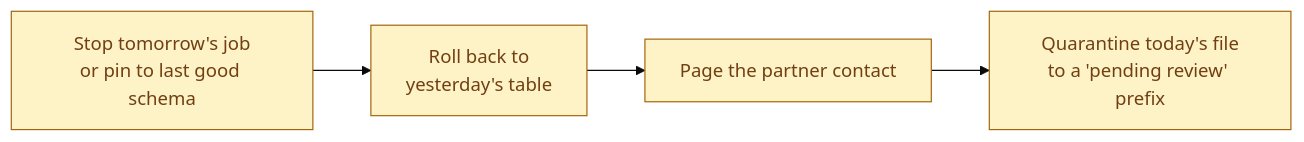
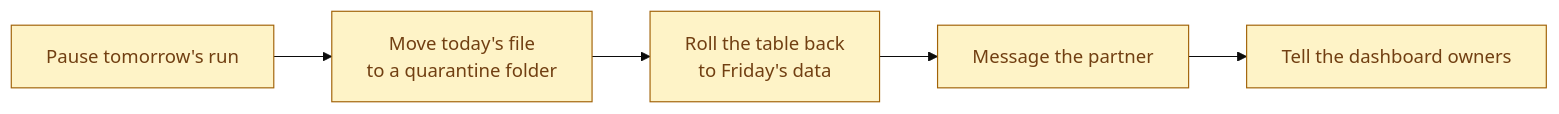
Before and after one commit to shiningflash/data-engineering-practice-problems: the second of 3 diagrams in problems/091-partner-csv-schema-drift-monday-morning/solution.md, drawn with Mermaid (base theme). The commit also changed other lines of this file and 3 other files, not shown here.

````diff
--- a/problems/091-partner-csv-schema-drift-monday-morning/solution.md
+++ b/problems/091-partner-csv-schema-drift-monday-morning/solution.md
@@ -9,8 +39,6 @@
 ```mermaid
 flowchart LR
-    A[Stop tomorrow's job<br/>or pin to last good schema]:::act --> B[Roll back to<br/>yesterday's table]:::act
-    B --> C[Page the partner contact]:::act
-    C --> D[Quarantine today's file<br/>to a 'pending review' prefix]:::act
+    A[Pause tomorrow's run]:::s --> B[Move today's file<br/>to a quarantine folder]:::s --> C[Roll the table back<br/>to Friday's data]:::s --> D[Message the partner]:::s --> E[Tell the dashboard owners]:::s
 
-    classDef act fill:#fef3c7,stroke:#a16207,color:#713f12
+    classDef s fill:#fef3c7,stroke:#a16207,color:#713f12
 ```
````
